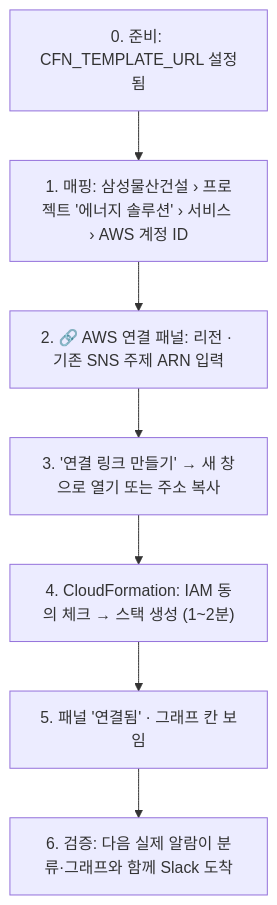
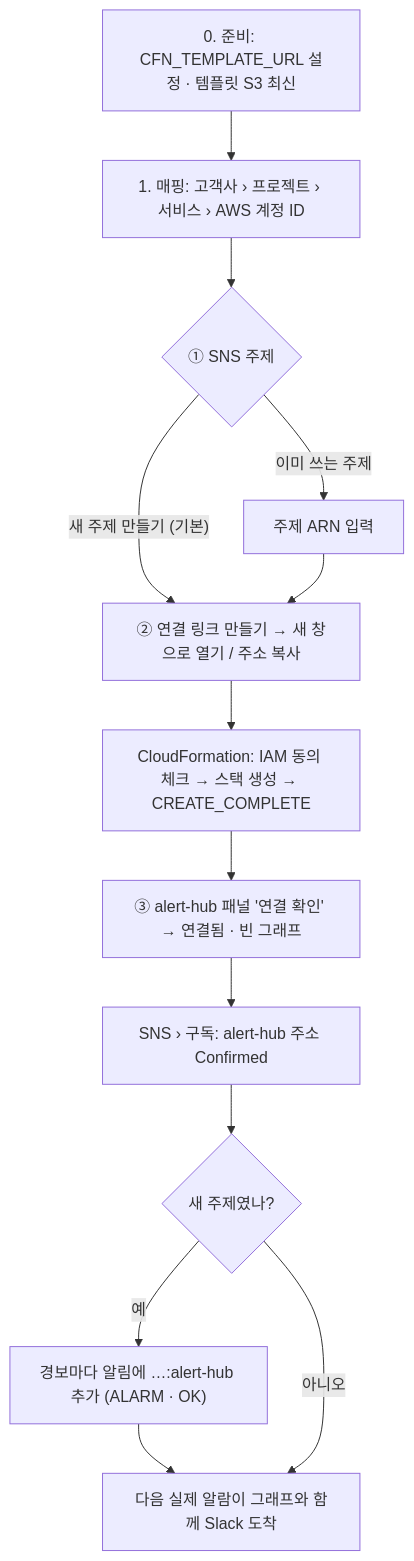
The fourth of 5 diagrams in docs/aws-connect-guide.md (hkjs96/alert-hub), drawn with Mermaid before and after one commit. The commit also changed other lines of this file, not shown here.

First line of the commit message:
docs: 실제 연결 절차(①②③·새 주제·경보 추가)와 에너지 솔루션 진행 기록

````diff
--- a/docs/aws-connect-guide.md
+++ b/docs/aws-connect-guide.md
@@ -113,9 +113,13 @@
 ```mermaid
 flowchart TD
-  S0["0. 준비: CFN_TEMPLATE_URL 설정됨"] --> S1["1. 매핑: 삼성물산건설 › 프로젝트 '에너지 솔루션' › 서비스 › AWS 계정 ID"]
-  S1 --> S2["2. 🔗 AWS 연결 패널: 리전 · 기존 SNS 주제 ARN 입력"]
-  S2 --> S3["3. '연결 링크 만들기' → 새 창으로 열기 또는 주소 복사"]
-  S3 --> S4["4. CloudFormation: IAM 동의 체크 → 스택 생성 (1~2분)"]
-  S4 --> S5["5. 패널 '연결됨' · 그래프 칸 보임"]
-  S5 --> S6["6. 검증: 다음 실제 알람이 분류·그래프와 함께 Slack 도착"]
+  S0["0. 준비: CFN_TEMPLATE_URL 설정 · 템플릿 S3 최신"] --> S1["1. 매핑: 고객사 › 프로젝트 › 서비스 › AWS 계정 ID"]
+  S1 --> S2{"① SNS 주제"}
+  S2 -- "새 주제 만들기 (기본)" --> S3["② 연결 링크 만들기 → 새 창으로 열기 / 주소 복사"]
+  S2 -- "이미 쓰는 주제" --> S2b["주제 ARN 입력"] --> S3
+  S3 --> S4["CloudFormation: IAM 동의 체크 → 스택 생성 → CREATE_COMPLETE"]
+  S4 --> S5["③ alert-hub 패널 '연결 확인' → 연결됨 · 빈 그래프"]
+  S5 --> S6["SNS › 구독: alert-hub 주소 Confirmed"]
+  S6 --> S7{"새 주제였나?"}
+  S7 -- 예 --> S8["경보마다 알림에 …:alert-hub 추가 (ALARM · OK)"] --> S9
+  S7 -- 아니오 --> S9["다음 실제 알람이 그래프와 함께 Slack 도착"]
 ```
````
